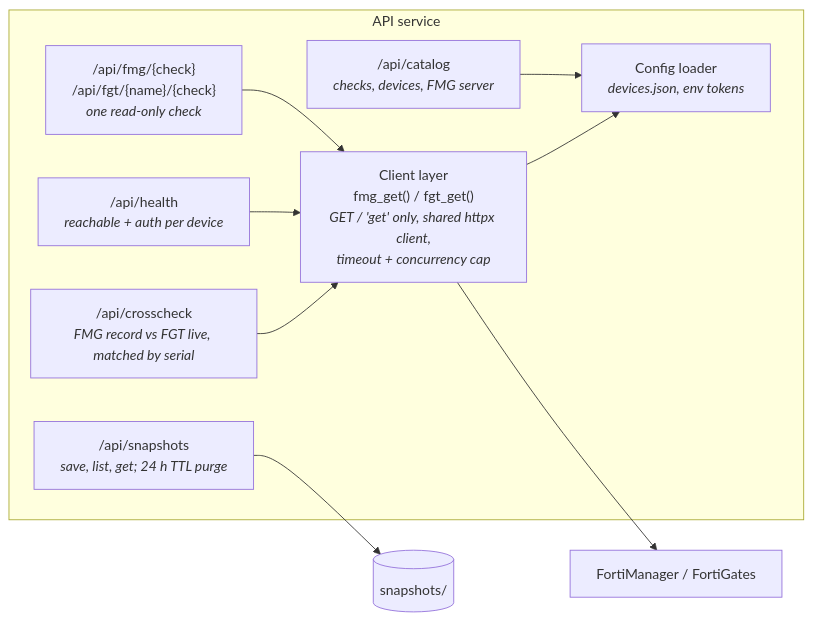
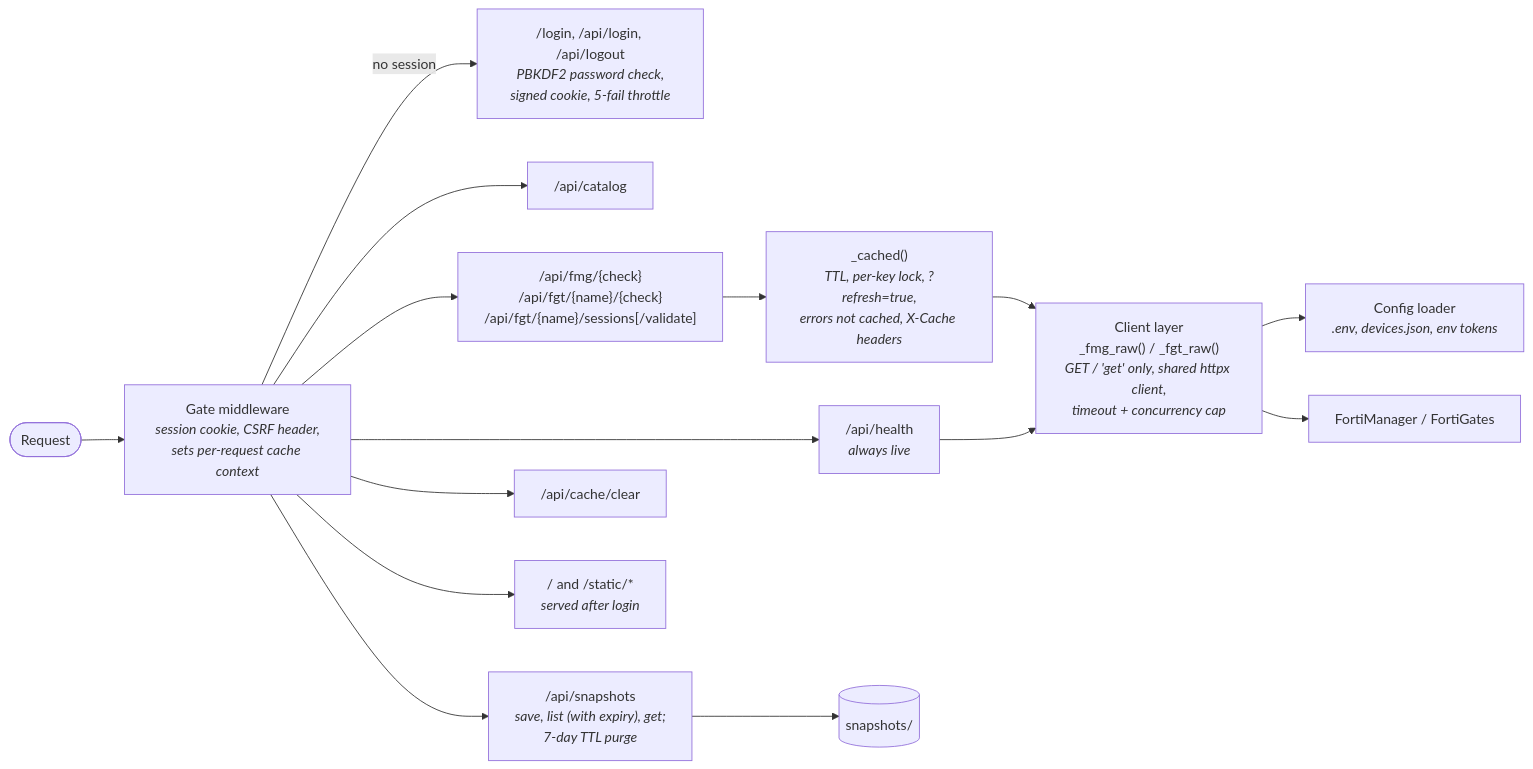
Before and after one commit to VictorBogre/Pulse: the third of 4 diagrams in ARCHITECTURE.md, drawn with Mermaid. The commit also changed other lines of this file and 16 other files, not shown here.

````diff
--- a/ARCHITECTURE.md
+++ b/ARCHITECTURE.md
@@ -53,19 +56,17 @@
 ```mermaid
 flowchart LR
-    subgraph api ["API service"]
-        cat["/api/catalog<br/><i>checks, devices, FMG server</i>"]
-        chk["/api/fmg/{check}<br/>/api/fgt/{name}/{check}<br/><i>one read-only check</i>"]
-        hl["/api/health<br/><i>reachable + auth per device</i>"]
-        xc["/api/crosscheck<br/><i>FMG record vs FGT live, matched by serial</i>"]
-        sn["/api/snapshots<br/><i>save, list, get; 24 h TTL purge</i>"]
-        cl["Client layer<br/>fmg_get() / fgt_get()<br/><i>GET / 'get' only, shared httpx client,<br/>timeout + concurrency cap</i>"]
-        cfgc["Config loader<br/><i>devices.json, env tokens</i>"]
-    end
-    chk --> cl
+    req(["Request"]) --> gate["Gate middleware<br/><i>session cookie, CSRF header,<br/>sets per-request cache context</i>"]
+    gate -- "no session" --> lg["/login, /api/login, /api/logout<br/><i>PBKDF2 password check,<br/>signed cookie, 5-fail throttle</i>"]
+    gate --> cat["/api/catalog"]
+    gate --> chk["/api/fmg/{check}<br/>/api/fgt/{name}/{check}<br/>/api/fgt/{name}/sessions[/validate]"]
+    gate --> hl["/api/health<br/><i>always live</i>"]
+    gate --> sn["/api/snapshots<br/><i>save, list (with expiry), get;<br/>7-day TTL purge</i>"]
+    gate --> cc["/api/cache/clear"]
+    gate --> st["/ and /static/*<br/><i>served after login</i>"]
+    chk --> ca["_cached()<br/><i>TTL, per-key lock, ?refresh=true,<br/>errors not cached, X-Cache headers</i>"]
+    ca --> cl["Client layer<br/>_fmg_raw() / _fgt_raw()<br/><i>GET / 'get' only, shared httpx client,<br/>timeout + concurrency cap</i>"]
     hl --> cl
-    xc --> cl
-    cat --> cfgc
-    cl --> cfgc
+    cl --> cfgc["Config loader<br/><i>.env, devices.json, env tokens</i>"]
     cl --> ext["FortiManager / FortiGates"]
     sn --> disk[("snapshots/")]
 ```
````
